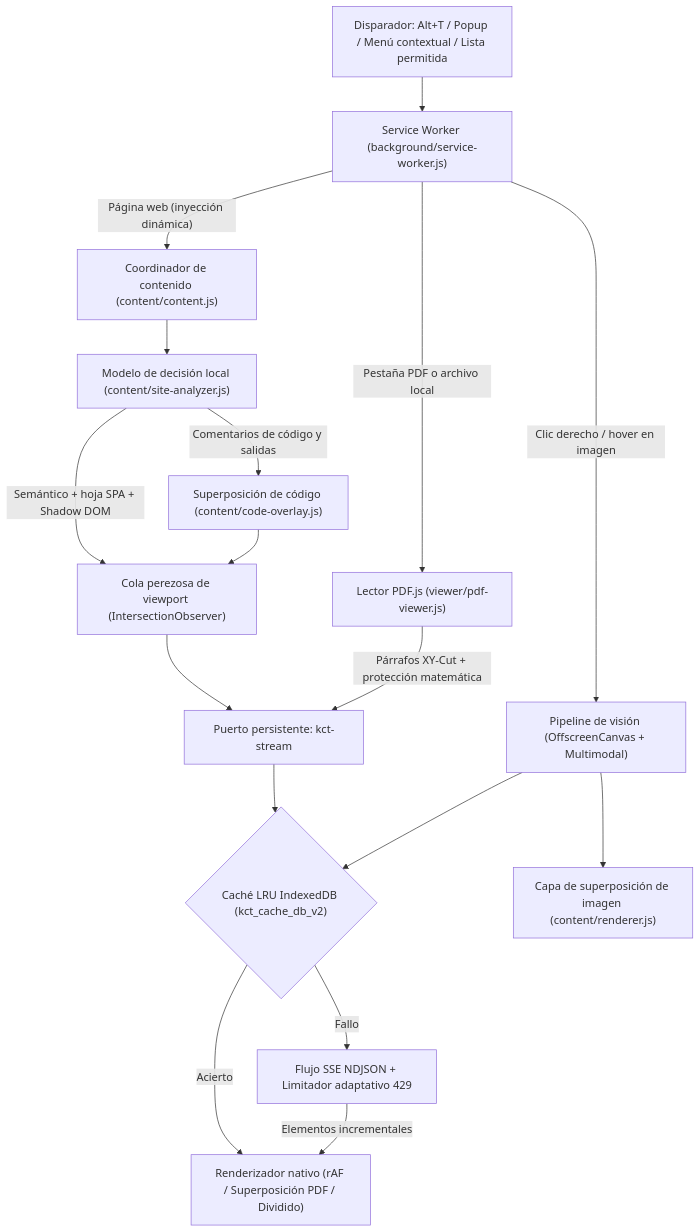
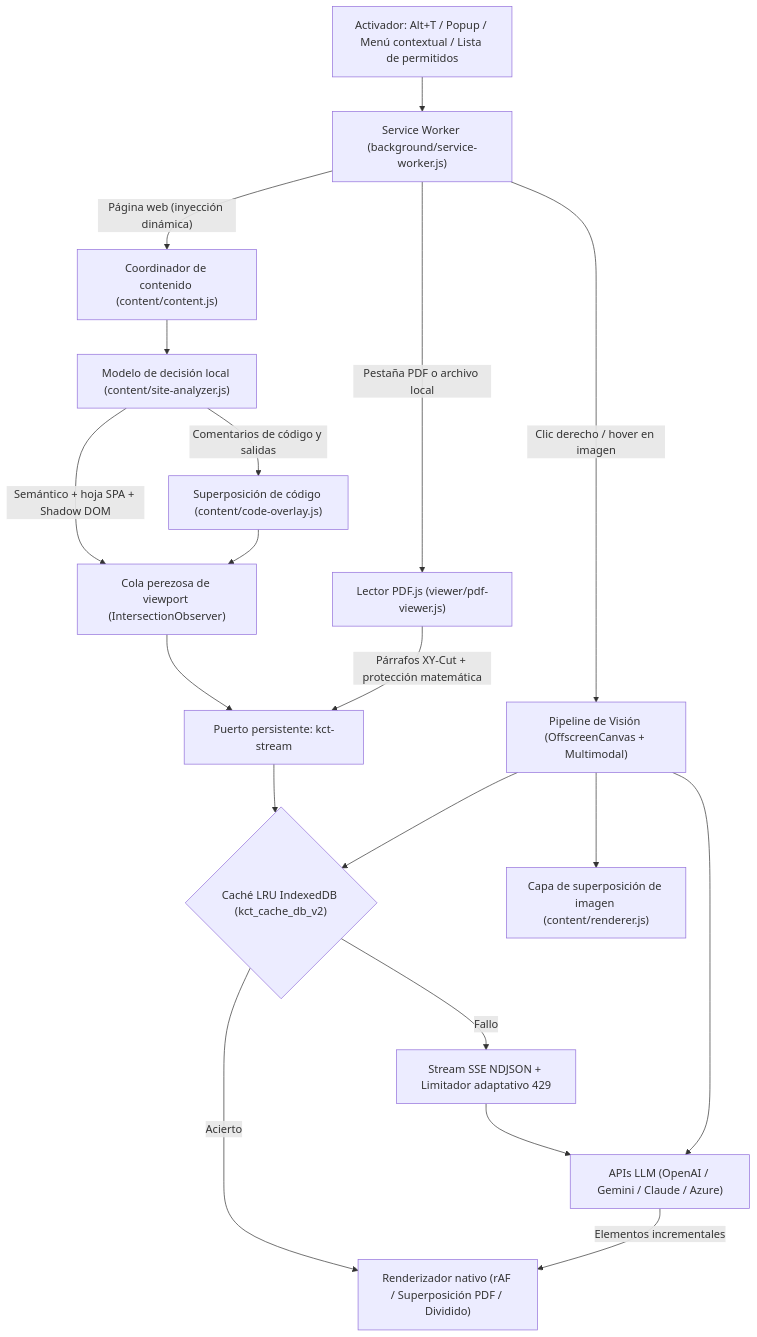
Before and after one commit to Chih-Kai-Wang/kaggle-course-translator: the first of 2 diagrams in README.es.md, drawn with Mermaid. The commit also changed other lines of this file and 23 other files, not shown here.

First line of the commit message:
feat(v2.4.0): update notice, Claude & Azure OpenAI providers, README rewrite with local decision-model diagram

````diff
--- a/README.es.md
+++ b/README.es.md
@@ -65,19 +76,21 @@
 ```mermaid
 flowchart TD
-    Trigger["Disparador: Alt+T / Popup / Menú contextual / Lista permitida"] --> SW["Service Worker (background/service-worker.js)"]
+    Trigger["Activador: Alt+T / Popup / Menú contextual / Lista de permitidos"] --> SW["Service Worker (background/service-worker.js)"]
     SW -->|"Página web (inyección dinámica)"| Content["Coordinador de contenido (content/content.js)"]
     SW -->|"Pestaña PDF o archivo local"| PDF["Lector PDF.js (viewer/pdf-viewer.js)"]
-    SW -->|"Clic derecho / hover en imagen"| Vision["Pipeline de visión (OffscreenCanvas + Multimodal)"]
+    SW -->|"Clic derecho / hover en imagen"| Vision["Pipeline de Visión (OffscreenCanvas + Multimodal)"]
     Content --> Analyzer["Modelo de decisión local (content/site-analyzer.js)"]
     Analyzer -->|"Semántico + hoja SPA + Shadow DOM"| Queue["Cola perezosa de viewport (IntersectionObserver)"]
     Analyzer -->|"Comentarios de código y salidas"| Code["Superposición de código (content/code-overlay.js)"]
     Code --> Queue
     Queue --> Port["Puerto persistente: kct-stream"]
     PDF -->|"Párrafos XY-Cut + protección matemática"| Port
     Port --> Cache{"Caché LRU IndexedDB (kct_cache_db_v2)"}
     Cache -->|"Acierto"| Render["Renderizador nativo (rAF / Superposición PDF / Dividido)"]
-    Cache -->|"Fallo"| Stream["Flujo SSE NDJSON + Limitador adaptativo 429"]
-    Stream -->|"Elementos incrementales"| Render
+    Cache -->|"Fallo"| Stream["Stream SSE NDJSON + Limitador adaptativo 429"]
+    Stream --> LLM["APIs LLM (OpenAI / Gemini / Claude / Azure)"]
+    LLM -->|"Elementos incrementales"| Render
     Vision --> Cache
+    Vision --> LLM
     Vision --> ImgOverlay["Capa de superposición de imagen (content/renderer.js)"]
 ```
````
